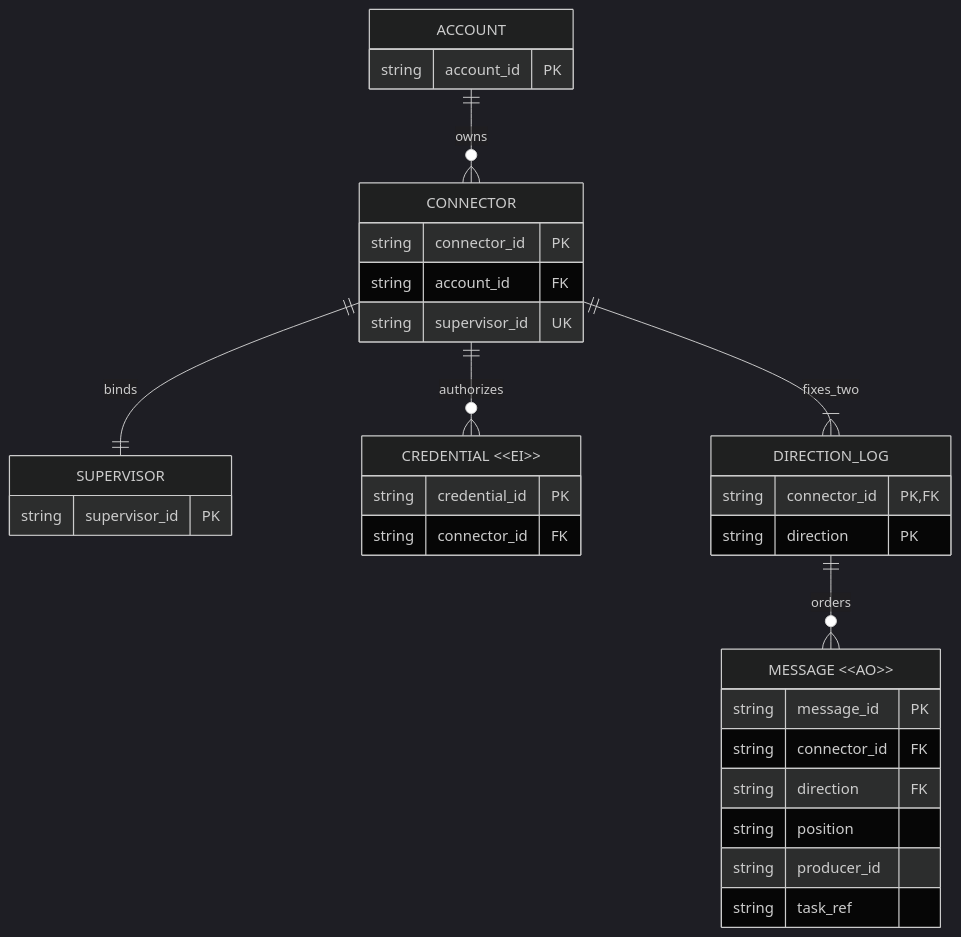
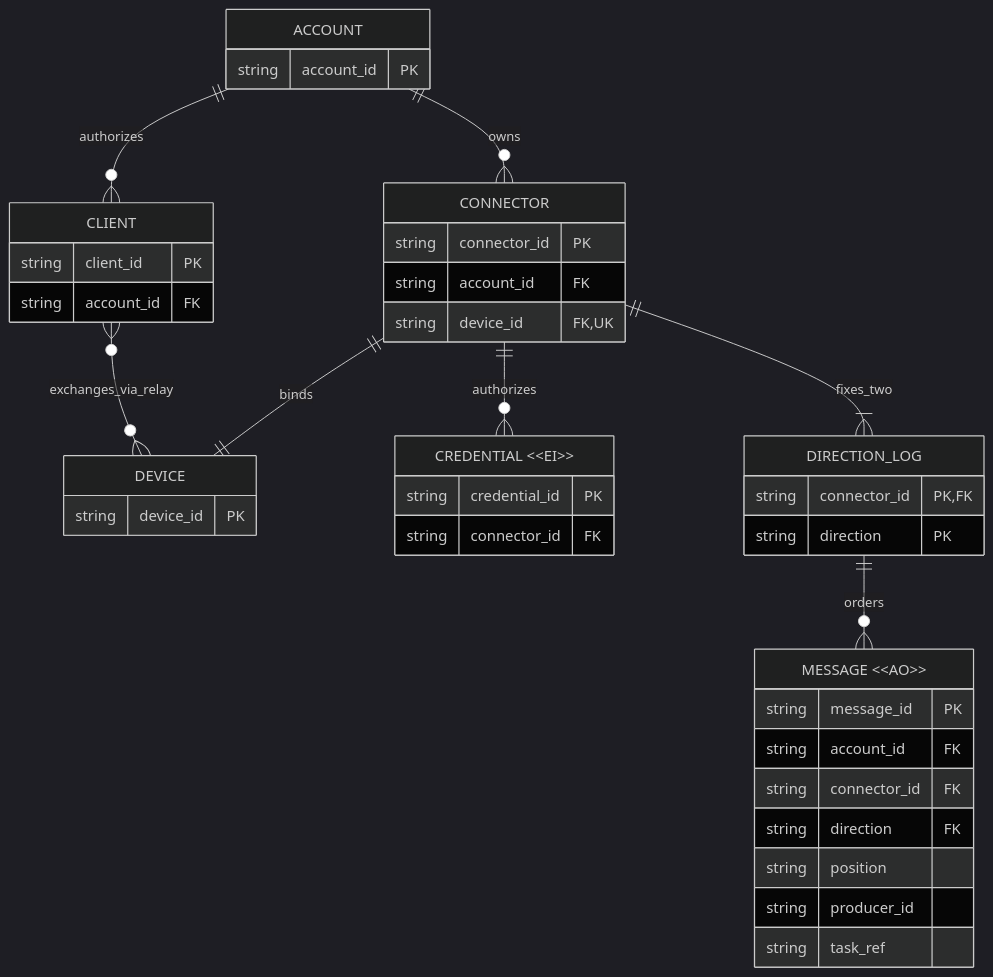
One commit to shazhou-ww/silvermoon-ai changed the diagram in .silvermoon/ideas/01M5CPYSJPRQQ6FSTJSMJYRE7P/outer/inner/ideal/Business-Data-Model-Review.md. Above: the diagram before and after it, drawn with Mermaid (dark theme). The commit also changed other lines of this file and 5 other files, not shown here.

````diff
--- a/.silvermoon/ideas/01M5CPYSJPRQQ6FSTJSMJYRE7P/outer/inner/ideal/Business-Data-Model-Review.md
+++ b/.silvermoon/ideas/01M5CPYSJPRQQ6FSTJSMJYRE7P/outer/inner/ideal/Business-Data-Model-Review.md
@@ -21,35 +21,42 @@
 ```mermaid
 erDiagram
   ACCOUNT {
     string account_id PK
   }
+  CLIENT {
+    string client_id PK
+    string account_id FK
+  }
   CONNECTOR {
     string connector_id PK
     string account_id FK
-    string supervisor_id UK
+    string device_id FK, UK
   }
-  SUPERVISOR {
-    string supervisor_id PK
+  DEVICE {
+    string device_id PK
   }
   CREDENTIAL["CREDENTIAL &lt;&lt;EI&gt;&gt;"] {
     string credential_id PK
     string connector_id FK
   }
   DIRECTION_LOG {
     string connector_id PK, FK
     string direction PK
   }
   MESSAGE["MESSAGE &lt;&lt;AO&gt;&gt;"] {
     string message_id PK
+    string account_id FK
     string connector_id FK
     string direction FK
     string position
     string producer_id
     string task_ref
   }
   ACCOUNT ||--o{ CONNECTOR : owns
-  CONNECTOR ||--|| SUPERVISOR : binds
+  ACCOUNT ||--o{ CLIENT : authorizes
+  CONNECTOR ||--|| DEVICE : binds
+  CLIENT }o--o{ DEVICE : exchanges_via_relay
   CONNECTOR ||--o{ CREDENTIAL : authorizes
   CONNECTOR ||--|{ DIRECTION_LOG : fixes_two
   DIRECTION_LOG ||--o{ MESSAGE : orders
 ```
````
